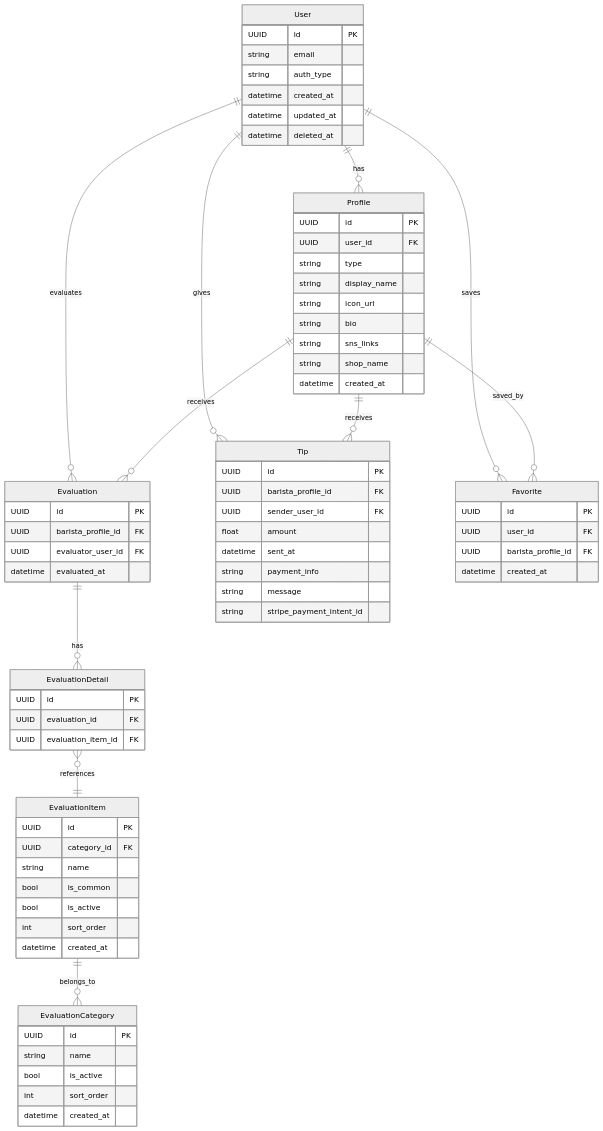
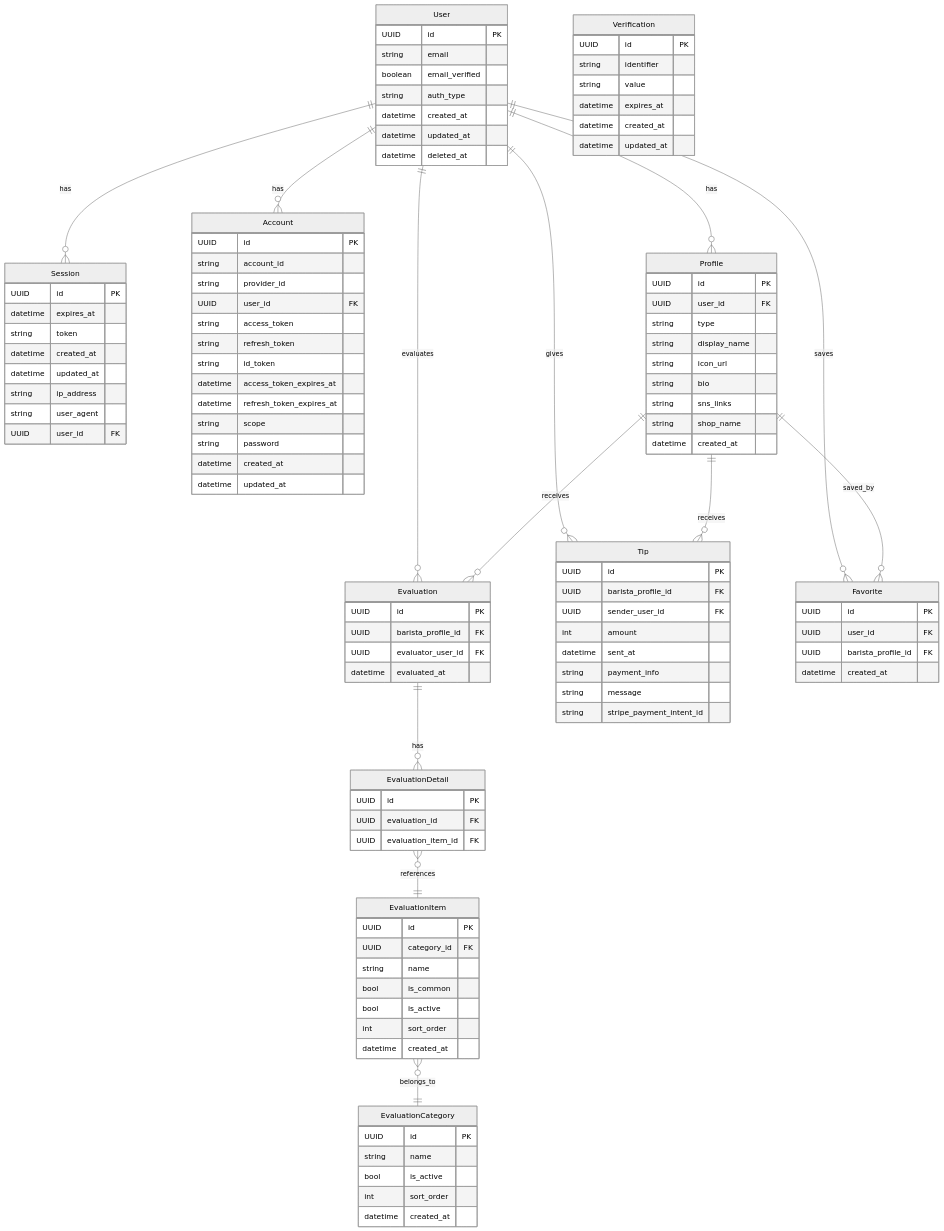
One commit to aiirononeko/bra-b changed the diagram in README.md. Above: the diagram before and after it, drawn with Mermaid (neutral theme). The commit also changed 26 other files, not shown here.

````diff
--- a/README.md
+++ b/README.md
@@ -28,6 +28,8 @@
 ```mermaid
 erDiagram
 
+User ||--o{ Session : has
+User ||--o{ Account : has
 User ||--o{ Profile : has
 User ||--o{ Evaluation : evaluates
 User ||--o{ Tip : gives
@@ -39,15 +41,52 @@
 
 Evaluation ||--o{ EvaluationDetail : has
 EvaluationDetail }o--|| EvaluationItem : references
-EvaluationItem ||--o{ EvaluationCategory : belongs_to
+EvaluationItem }o--|| EvaluationCategory : belongs_to
 
 User {
   UUID id PK
   string email
+  boolean email_verified
   string auth_type
   datetime created_at
   datetime updated_at
   datetime deleted_at
+}
+
+Session {
+  UUID id PK
+  datetime expires_at
+  string token
+  datetime created_at
+  datetime updated_at
+  string ip_address
+  string user_agent
+  UUID user_id FK
+}
+
+Account {
+  UUID id PK
+  string account_id
+  string provider_id
+  UUID user_id FK
+  string access_token
+  string refresh_token
+  string id_token
+  datetime access_token_expires_at
+  datetime refresh_token_expires_at
+  string scope
+  string password
+  datetime created_at
+  datetime updated_at
+}
+
+Verification {
+  UUID id PK
+  string identifier
+  string value
+  datetime expires_at
+  datetime created_at
+  datetime updated_at
 }
 
 Profile {
@@ -97,7 +136,7 @@
   UUID id PK
   UUID barista_profile_id FK
   UUID sender_user_id FK
-  float amount
+  int amount
   datetime sent_at
   string payment_info
   string message
````
